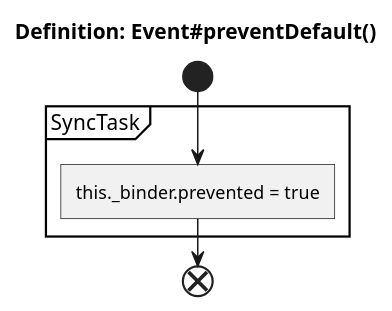
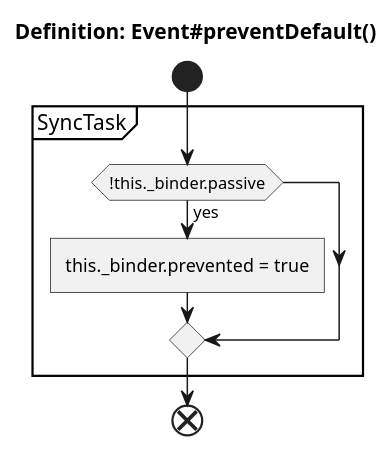
Before and after one commit to imazzine/imazzine.github.io: diagram 26 of 50 in _uml/puml/EventTargetAPI.puml, drawn with PlantUML. The commit also changed other lines of this file and 174 other files, not shown here.

```diff
--- a/_uml/puml/EventTargetAPI.puml
+++ b/_uml/puml/EventTargetAPI.puml
@@ -415,9 +544,11 @@
 @startuml Definition_Event.preventDefault
     title Definition: Event#preventDefault()
 
     start
         partition SyncTask {
-            :this._binder.prevented = true]
+            if (!this._binder.passive) then (yes)
+                :this._binder.prevented = true]
+            endif
         }
     end
 @enduml
```
